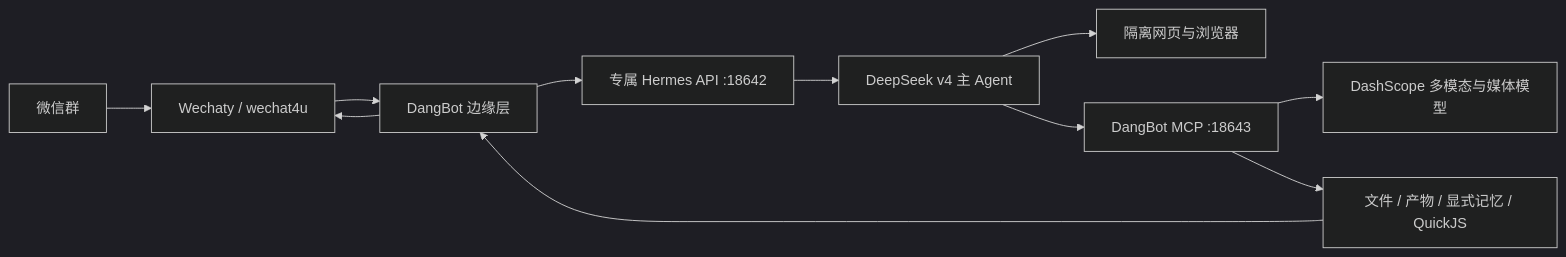
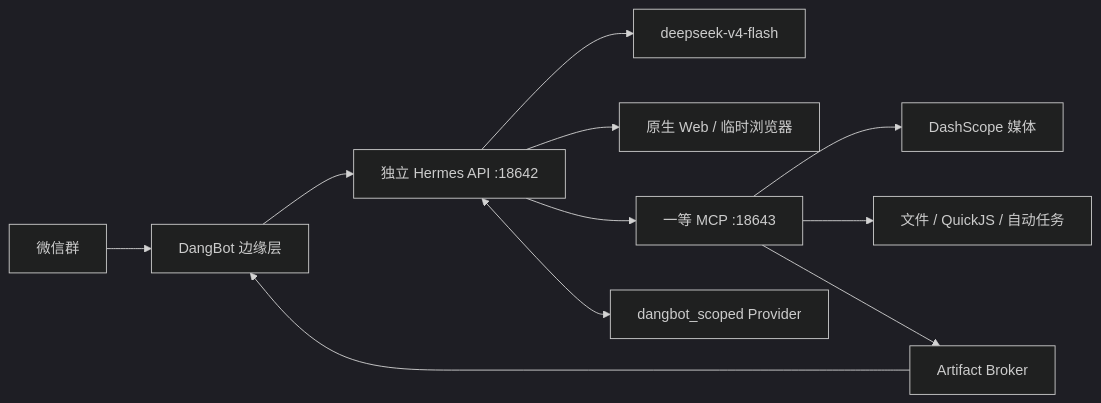
The diagram in docs/hermes-backend.md (Sy2RK/DangBot), drawn with Mermaid (dark theme) before and after one commit. The commit also changed other lines of this file and 69 other files, not shown here.

Commit message:
refactor: make Hermes the sole agent backend

````diff
--- a/docs/hermes-backend.md
+++ b/docs/hermes-backend.md
@@ -12,13 +13,13 @@
 ```mermaid
 flowchart LR
-    W["微信群"] --> A["Wechaty / wechat4u"]
-    A --> E["DangBot 边缘层"]
-    E --> H["专属 Hermes API :18642"]
-    H --> D["DeepSeek v4 主 Agent"]
-    D --> B["隔离网页与浏览器"]
-    D --> M["DangBot MCP :18643"]
-    M --> Q["DashScope 多模态与媒体模型"]
-    M --> F["文件 / 产物 / 显式记忆 / QuickJS"]
-    F --> E
-    E --> A
+    W["微信群"] --> E["DangBot 边缘层"]
+    E --> H["独立 Hermes API :18642"]
+    H --> D["deepseek-v4-flash"]
+    H --> B["原生 Web / 临时浏览器"]
+    H --> M["一等 MCP :18643"]
+    M --> Q["DashScope 媒体"]
+    M --> F["文件 / QuickJS / 自动任务"]
+    H <--> P["dangbot_scoped Provider"]
+    M --> A["Artifact Broker"]
+    A --> E
 ```
````
